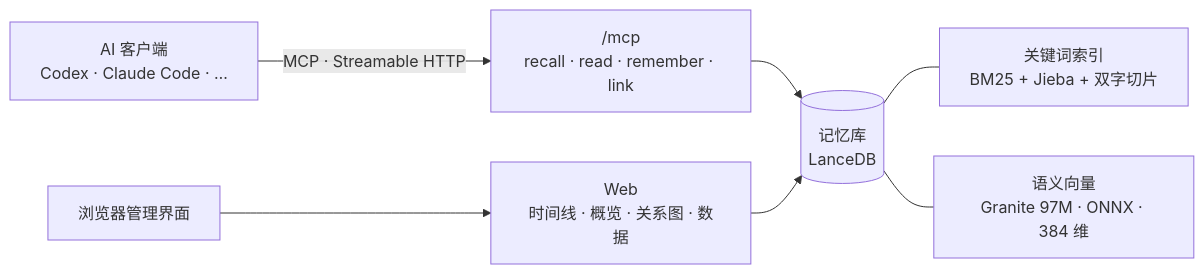
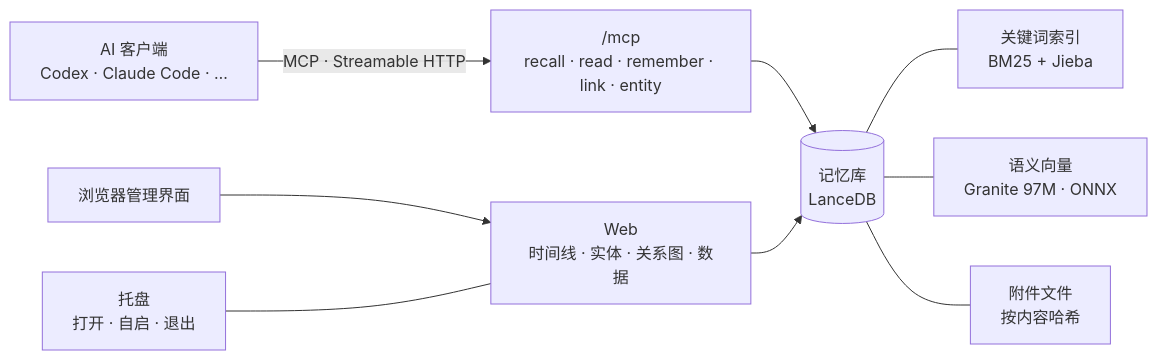
Before and after one commit to danchar12138/recallport: the diagram in README.md, drawn with Mermaid. The commit also changed other lines of this file and 25 other files, not shown here.

````diff
--- a/README.md
+++ b/README.md
@@ -146,9 +142,11 @@
 ```mermaid
 flowchart LR
-  C["AI 客户端<br/>Codex · Claude Code · …"] -- "MCP · Streamable HTTP" --> M["/mcp<br/>recall · read · remember · link"]
-  B["浏览器管理界面"] --> W["Web<br/>时间线 · 概览 · 关系图 · 数据"]
+  C["AI 客户端<br/>Codex · Claude Code · …"] -- "MCP · Streamable HTTP" --> M["/mcp<br/>recall · read · remember · link · entity"]
+  B["浏览器管理界面"] --> W["Web<br/>时间线 · 实体 · 关系图 · 数据"]
+  T["托盘<br/>打开 · 自启 · 退出"] --- W
   M --> S[("记忆库<br/>LanceDB")]
   W --> S
-  S --- K["关键词索引<br/>BM25 + Jieba + 双字切片"]
-  S --- V["语义向量<br/>Granite 97M · ONNX · 384 维"]
+  S --- K["关键词索引<br/>BM25 + Jieba"]
+  S --- V["语义向量<br/>Granite 97M · ONNX"]
+  S --- F["附件文件<br/>按内容哈希"]
 ```
````
